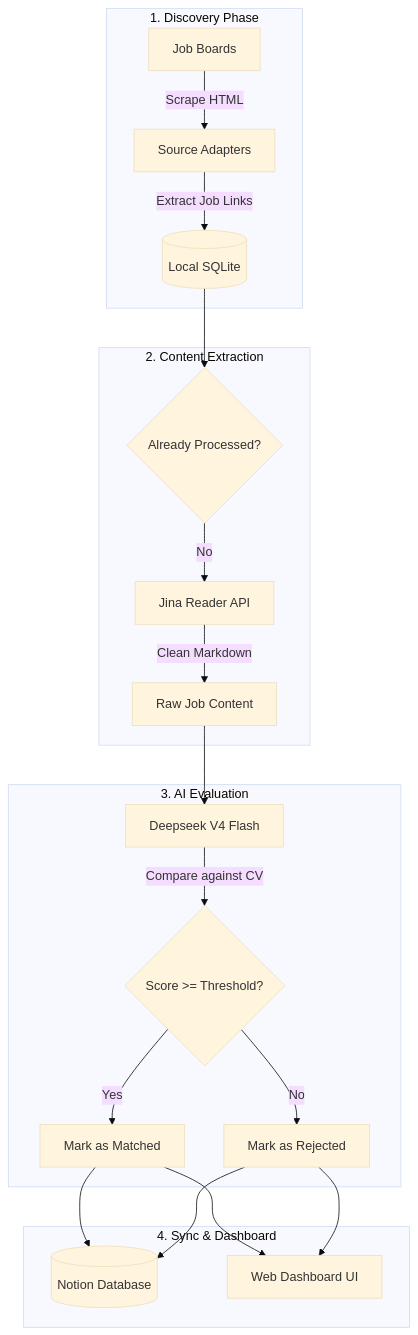
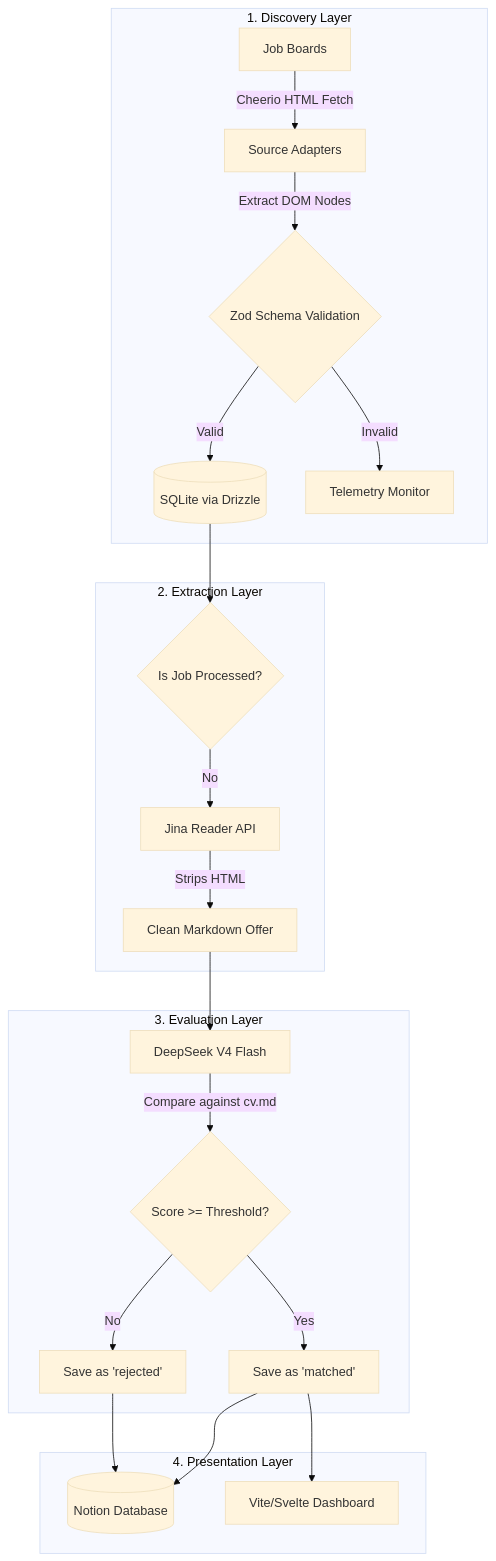
The diagram in README.md (dandrok/jobetl), drawn with Mermaid (base theme) before and after one commit. The commit also changed other lines of this file and 13 other files, not shown here.

First line of the commit message:
refactor: systemic technical debt cleanup and architecture documentation

````diff
--- a/README.md
+++ b/README.md
@@ -31,27 +57,28 @@
 ```mermaid
 flowchart TD
-    subgraph Discovery [1. Discovery Phase]
-        A[Job Boards] -->|Scrape HTML| B[Source Adapters]
-        B -->|Extract Job Links| C[(Local SQLite)]
+    subgraph Discovery [1. Discovery Layer]
+        A[Job Boards] -->|Cheerio HTML Fetch| B[Source Adapters]
+        B -->|Extract DOM Nodes| C{Zod Schema Validation}
+        C -->|Valid| D[(SQLite via Drizzle)]
+        C -->|Invalid| E[Telemetry Monitor]
     end
 
-    subgraph Extraction [2. Content Extraction]
-        C --> D{Already Processed?}
-        D -->|No| F[Jina Reader API]
-        F -->|Clean Markdown| G[Raw Job Content]
+    subgraph Extraction [2. Extraction Layer]
+        D --> F{Is Job Processed?}
+        F -->|No| G[Jina Reader API]
+        G -->|Strips HTML| H[Clean Markdown Offer]
     end
 
-    subgraph Intelligence [3. AI Evaluation]
-        G --> H[Deepseek V4 Flash]
-        H -->|Compare against CV| I{Score >= Threshold?}
-        I -->|Yes| J[Mark as Matched]
-        I -->|No| K[Mark as Rejected]
+    subgraph Intelligence [3. Evaluation Layer]
+        H --> I[DeepSeek V4 Flash]
+        I -->|Compare against cv.md| J{Score >= Threshold?}
+        J -->|Yes| K[Save as 'matched']
+        J -->|No| L[Save as 'rejected']
     end
 
-    subgraph Integration [4. Sync & Dashboard]
-        J --> L[(Notion Database)]
-        K --> L
-        J --> M[Web Dashboard UI]
-        K --> M
+    subgraph Integration [4. Presentation Layer]
+        K --> M[(Notion Database)]
+        L --> M
+        K --> N[Vite/Svelte Dashboard]
     end
 ```
````
